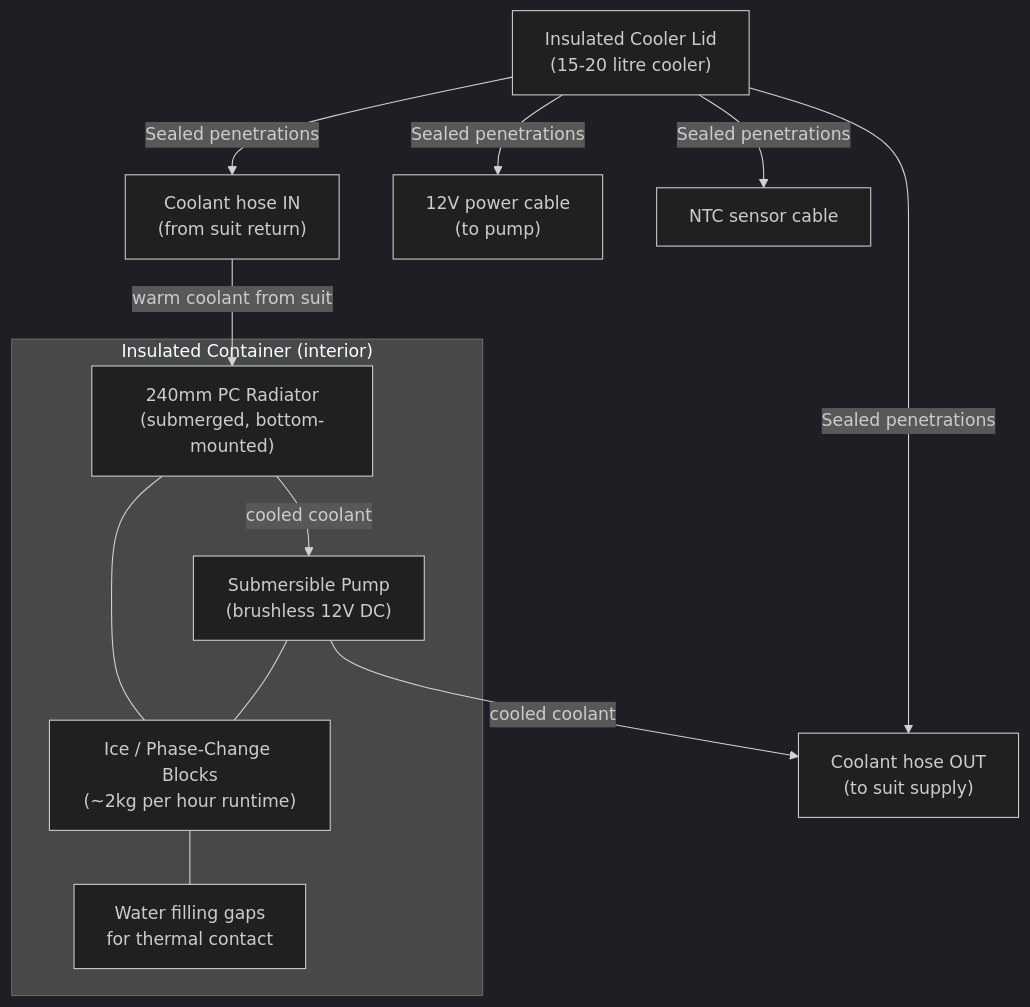
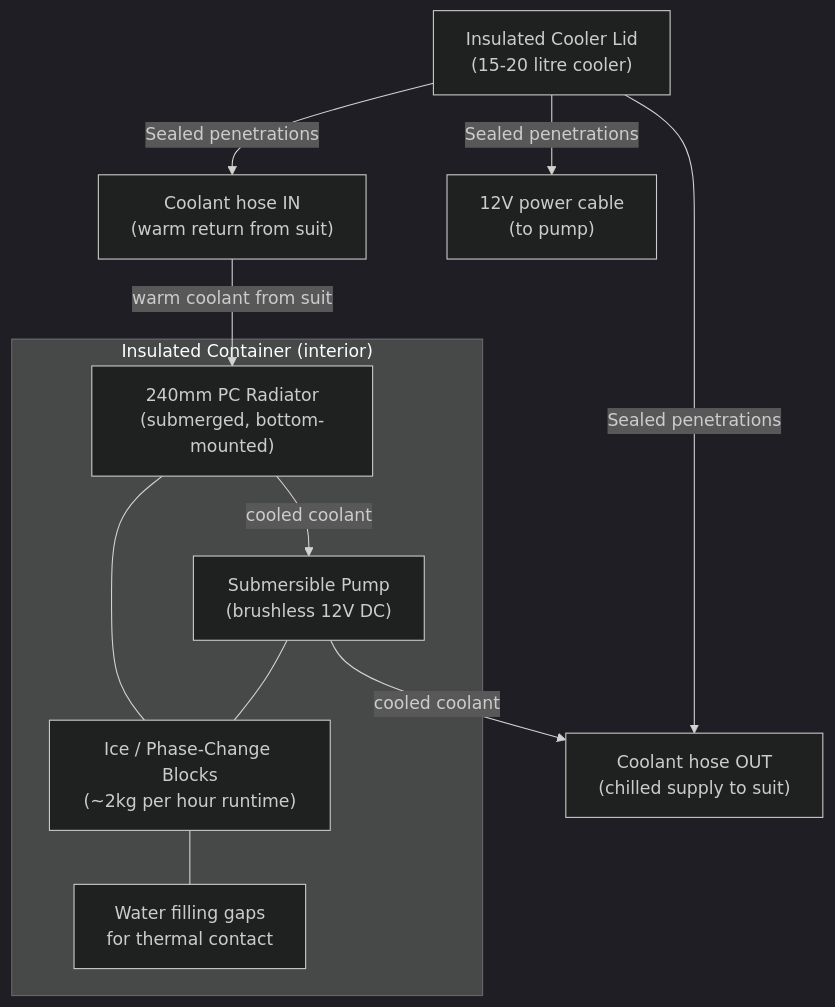
The third of 3 diagrams in readme.md (Supermagnum/heatsink), drawn with Mermaid (dark theme) before and after one commit. The commit also changed other lines of this file and 1 other file, not shown here.

First line of the commit message:
Clarify NTC placement, parts list, and 5A fuse guidance in readme.

````diff
--- a/readme.md
+++ b/readme.md
@@ -322,23 +328,22 @@
 ```mermaid
 graph TD
     LID["Insulated Cooler Lid\n(15-20 litre cooler)"]
 
-    LID -->|Sealed penetrations| HOSE_IN["Coolant hose IN\n(from suit return)"]
-    LID -->|Sealed penetrations| HOSE_OUT["Coolant hose OUT\n(to suit supply)"]
+    LID -->|Sealed penetrations| HOSE_IN["Coolant hose IN\n(warm return from suit)"]
+    LID -->|Sealed penetrations| HOSE_OUT["Coolant hose OUT\n(chilled supply to suit)"]
     LID -->|Sealed penetrations| POWER["12V power cable\n(to pump)"]
-    LID -->|Sealed penetrations| SENSOR["NTC sensor cable"]
 
     subgraph CONTAINER["Insulated Container (interior)"]
         RAD["240mm PC Radiator\n(submerged, bottom-mounted)"]
         PUMP_S["Submersible Pump\n(brushless 12V DC)"]
         ICE["Ice / Phase-Change Blocks\n(~2kg per hour runtime)"]
         WATER["Water filling gaps\nfor thermal contact"]
         RAD --- ICE
         PUMP_S --- ICE
         ICE --- WATER
     end
 
     HOSE_IN -->|warm coolant from suit| RAD
     RAD -->|cooled coolant| PUMP_S
     PUMP_S -->|cooled coolant| HOSE_OUT
 ```
````
